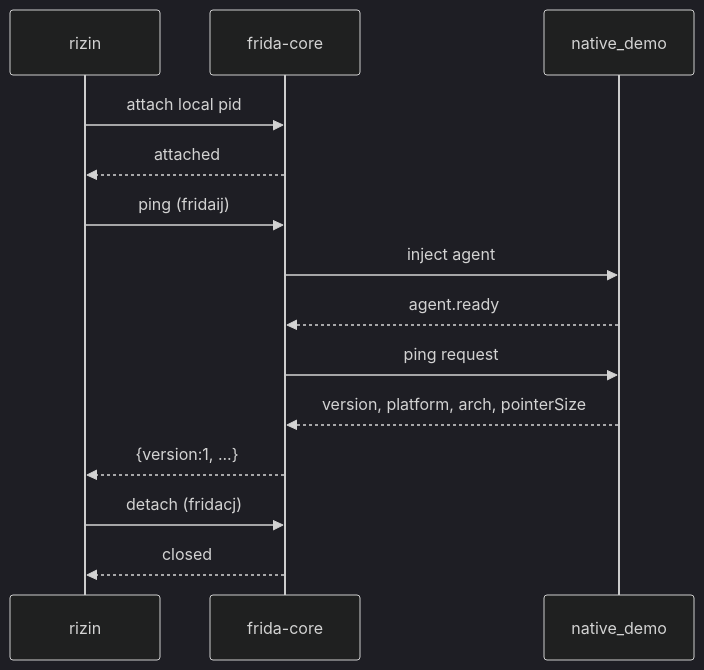
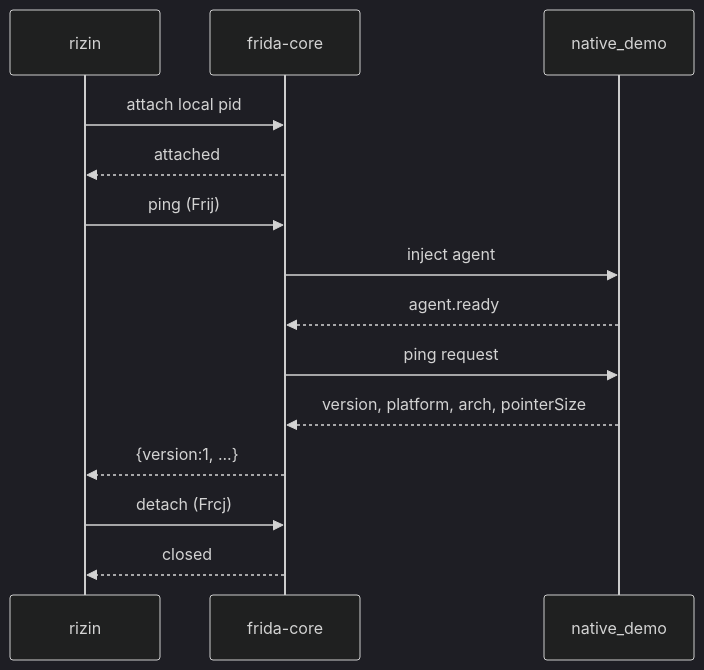
The diagram in docs/first_steps/first_session_native.qmd (rizinorg/rz-frida), drawn with Mermaid (dark theme) before and after one commit. The commit also changed other lines of this file and 53 other files, not shown here.

````diff
--- a/docs/first_steps/first_session_native.qmd
+++ b/docs/first_steps/first_session_native.qmd
@@ -114,16 +114,16 @@
 ```{mermaid}
 sequenceDiagram
     participant R as rizin
     participant F as frida-core
     participant T as native_demo
     R->>F: attach local pid
     F-->>R: attached
-    R->>F: ping (fridaij)
+    R->>F: ping (Frij)
     F->>T: inject agent
     T-->>F: agent.ready
     F->>T: ping request
     T-->>F: version, platform, arch, pointerSize
     F-->>R: {version:1, ...}
-    R->>F: detach (fridacj)
+    R->>F: detach (Frcj)
     F-->>R: closed
 ```
````
